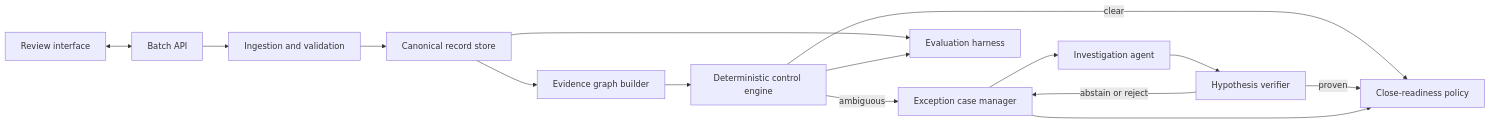
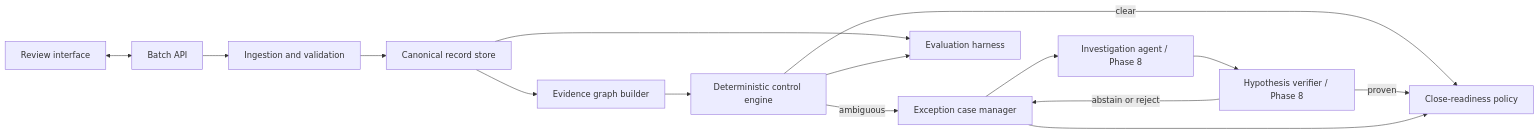
One commit to YHQZ1/Vouch-Evidence-Grade-Settlement-Reconciliation changed the second of 2 diagrams in docs/architecture.md. Above: the diagram before and after it, drawn with Mermaid. The commit also changed other lines of this file and 47 other files, not shown here.

````diff
--- a/docs/architecture.md
+++ b/docs/architecture.md
@@ -39,29 +63,29 @@
 ```mermaid
 flowchart LR
     API[Batch API]
     Ingest[Ingestion and validation]
     Canon[Canonical record store]
     Graph[Evidence graph builder]
     Rules[Deterministic control engine]
     Cases[Exception case manager]
-    Agent[Investigation agent]
-    Verify[Hypothesis verifier]
+    Agent[Investigation agent / Phase 8]
+    Verify[Hypothesis verifier / Phase 8]
     Policy[Close-readiness policy]
     Eval[Evaluation harness]
     UI[Review interface]
 
     UI <--> API
     API --> Ingest
     Ingest --> Canon
     Canon --> Graph
     Graph --> Rules
     Rules -->|clear| Policy
     Rules -->|ambiguous| Cases
     Cases --> Agent
     Agent --> Verify
     Verify -->|proven| Policy
     Verify -->|abstain or reject| Cases
     Cases --> Policy
     Canon --> Eval
     Rules --> Eval
 ```
````
